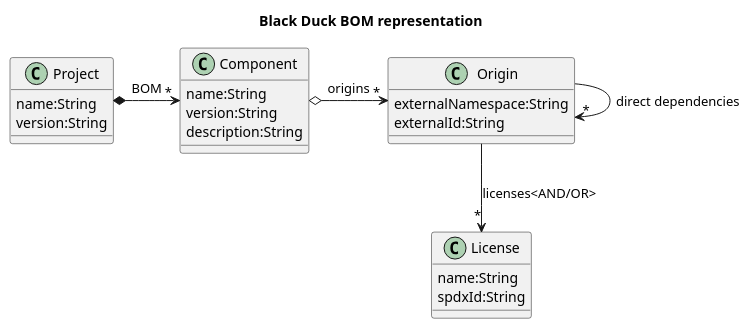
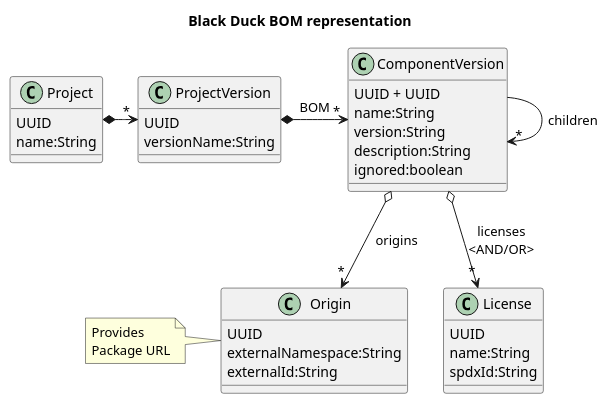
Before and after one commit to philips-software/spdx-builder: the diagram in src/main/java/com/philips/research/spdxbuilder/persistence/blackduck/blackduck.puml, drawn with PlantUML. The commit also changed 19 other files, not shown here.

```diff
--- a/src/main/java/com/philips/research/spdxbuilder/persistence/blackduck/blackduck.puml
+++ b/src/main/java/com/philips/research/spdxbuilder/persistence/blackduck/blackduck.puml
@@ -1,29 +1,41 @@
 @startuml
 
 title Black Duck BOM representation
 
 class License {
+    UUID
     name:String
     spdxId:String
 }
 
 class Origin {
-   externalNamespace:String
-   externalId:String
+    UUID
+    externalNamespace:String
+    externalId:String
 }
-Origin -> "*" Origin: direct dependencies
-Origin --> "*" License: licenses<AND/OR>
+note left of Origin: Provides\nPackage URL
 
-class Component {
+class ComponentVersion {
+    UUID + UUID
     name:String
     version:String
     description:String
+    ignored:boolean
 }
-Component o-> "*" Origin: origins
+ComponentVersion o--> "*" License: licenses\n<AND/OR>
+ComponentVersion o-d-> "*" Origin: origins
+ComponentVersion --> "*" ComponentVersion: children
+
+class ProjectVersion{
+    UUID
+    versionName:String
+}
+ProjectVersion *-> "*" ComponentVersion: BOM
 
 class Project {
+    UUID
     name:String
-    version:String
 }
-Project *-> "*" Component: BOM
+Project *-> "*" ProjectVersion
+
 @enduml
```
